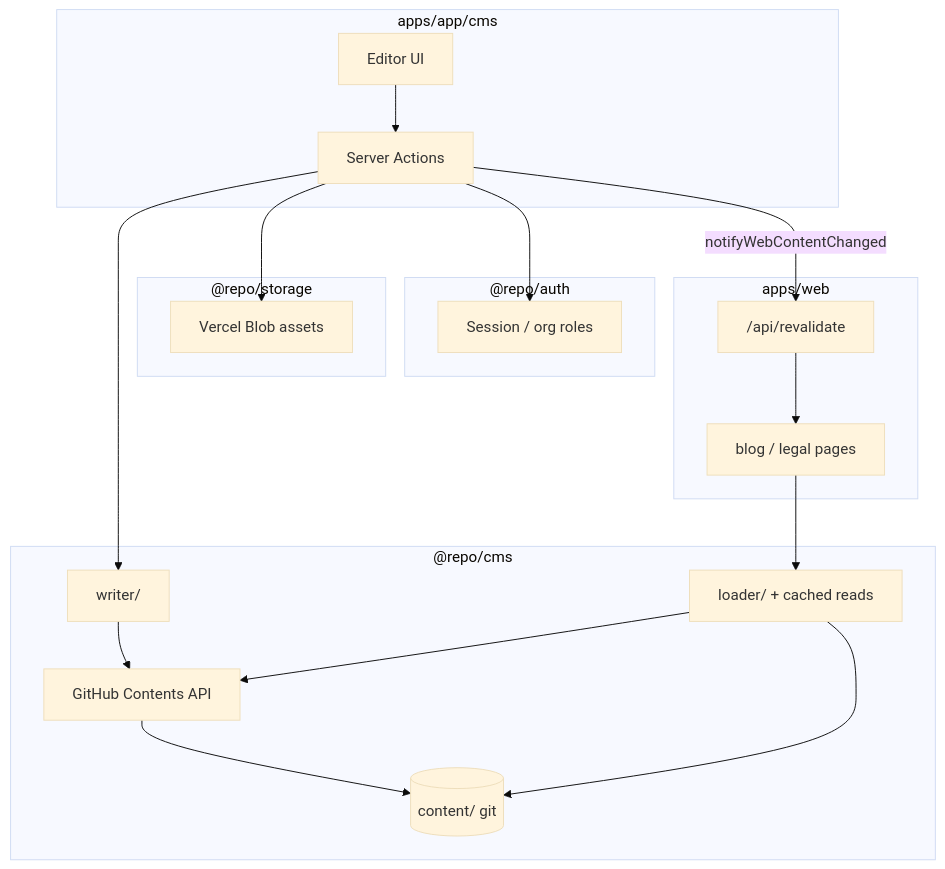
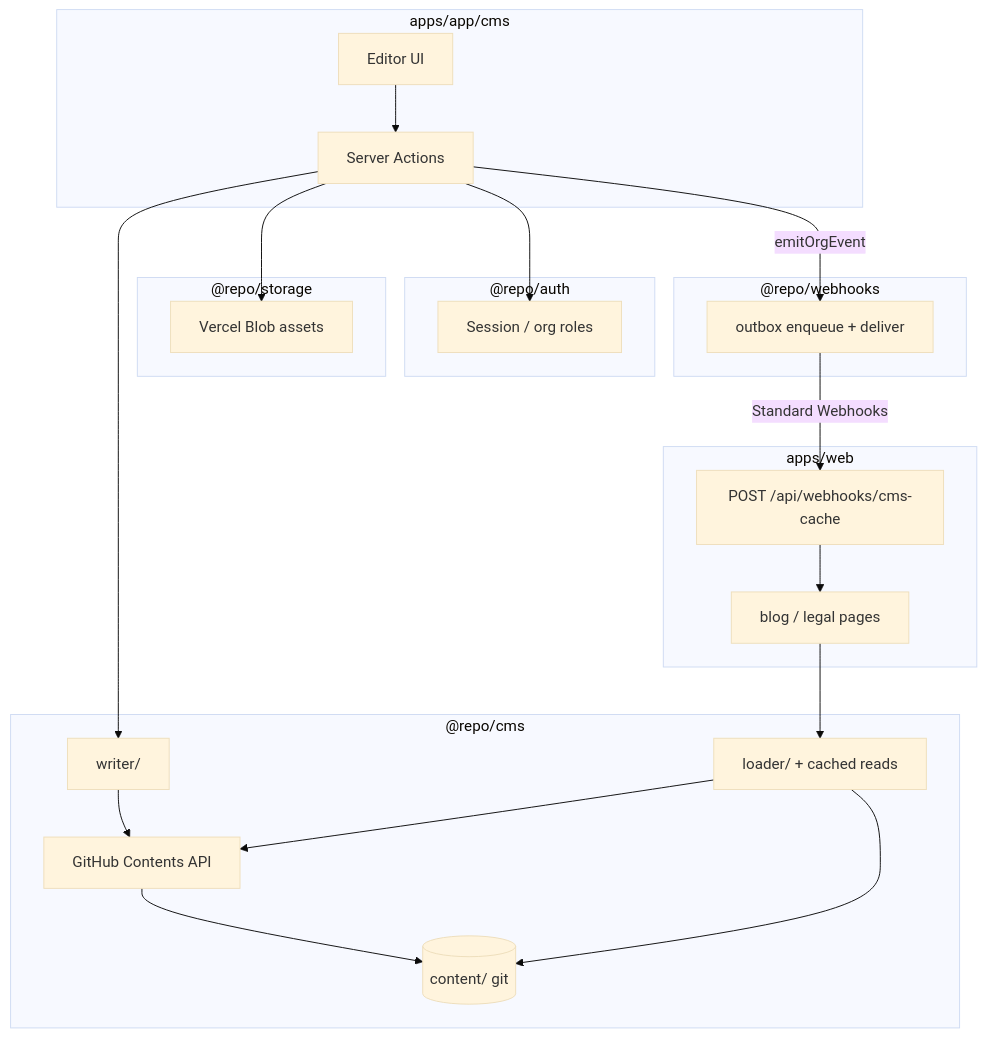
The second of 3 diagrams in packages/cms/docs/ARCHITECTURE.md (pohlai88/afenda-xforgeV2), drawn with Mermaid (base theme) before and after one commit. The commit also changed other lines of this file and 231 other files, not shown here.

````diff
--- a/packages/cms/docs/ARCHITECTURE.md
+++ b/packages/cms/docs/ARCHITECTURE.md
@@ -162,39 +164,44 @@
 ```mermaid
 flowchart TB
   subgraph studio ["apps/app/cms"]
     UI[Editor UI]
     SA[Server Actions]
   end
 
   subgraph auth ["@repo/auth"]
     SESS[Session / org roles]
   end
 
   subgraph storage ["@repo/storage"]
     Blob[Vercel Blob assets]
   end
 
   subgraph cms_pkg ["@repo/cms"]
     WRITER[writer/]
     READER[loader/ + cached reads]
     GITHUB[GitHub Contents API]
     CONTENT[(content/ git)]
   end
 
+  subgraph webhooks_pkg ["@repo/webhooks"]
+    OUTBOX[outbox enqueue + deliver]
+  end
+
   subgraph web ["apps/web"]
     PAGES[blog / legal pages]
-    REVALIDATE["/api/revalidate"]
+    CMSCACHE["POST /api/webhooks/cms-cache"]
   end
 
   UI --> SA
   SA --> SESS
   SA --> WRITER
   SA --> Blob
+  SA -->|emitOrgEvent| OUTBOX
+  OUTBOX -->|Standard Webhooks| CMSCACHE
+  CMSCACHE --> PAGES
   WRITER --> GITHUB
   GITHUB --> CONTENT
-  SA -->|notifyWebContentChanged| REVALIDATE
-  REVALIDATE --> PAGES
   READER --> GITHUB
   READER --> CONTENT
   PAGES --> READER
 ```
````
